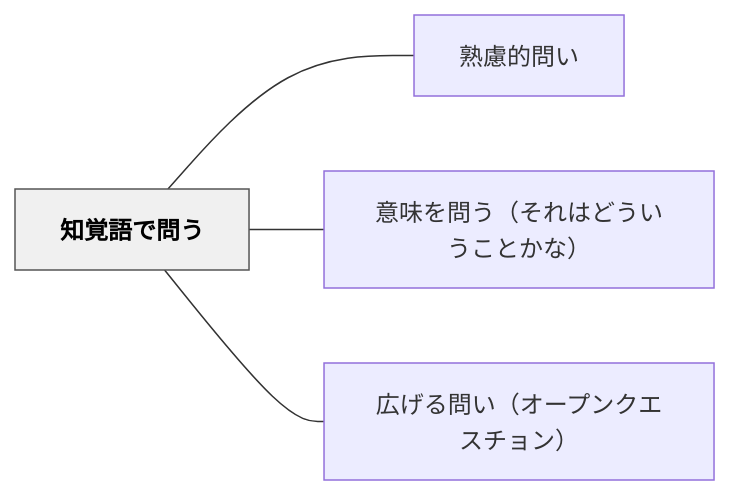
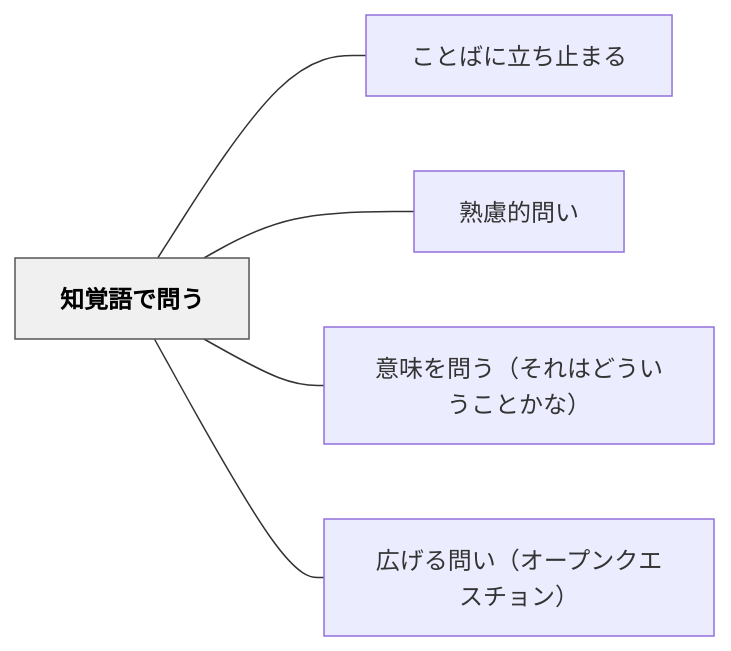
One commit to unknownthings-ed-patterns/unknownthings-ed-patterns changed the diagram in content/パタン/知覚語で問う.md. Above: the diagram before and after it, drawn with Mermaid. The commit also changed other lines of this file and 473 other files, not shown here.

````diff
--- a/content/パタン/知覚語で問う.md
+++ b/content/パタン/知覚語で問う.md
@@ -40,14 +41,16 @@
 ```mermaid
 flowchart LR
     ne79fa5e8a69a["知覚語で問う"]
+    ne38193e381a8["ことばに立ち止まる"]
     ne7869fe685ae["熟慮的問い"]
     ne6848fe591b3["意味を問う（それはどういうことかな）"]
     ne5ba83e38192["広げる問い（オープンクエスチョン）"]
 
+    ne79fa5e8a69a --- ne38193e381a8
     ne79fa5e8a69a --- ne7869fe685ae
     ne79fa5e8a69a --- ne6848fe591b3
     ne79fa5e8a69a --- ne5ba83e38192
 
     classDef hub fill:#f0f0f0,stroke:#555,color:#000,font-weight:bold
     class ne79fa5e8a69a hub
 ```
````
